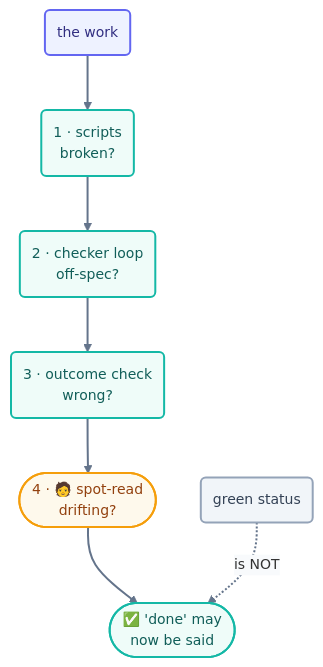
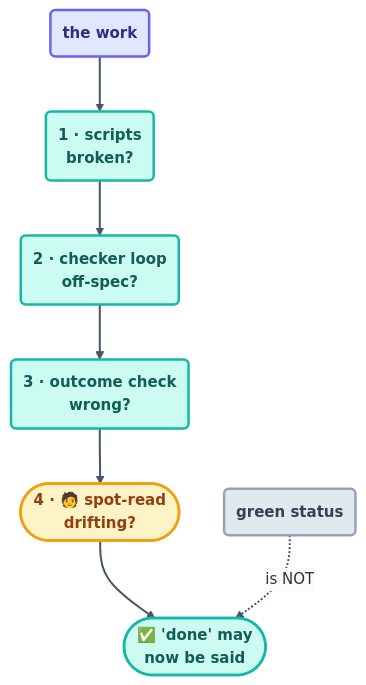
One commit to ayeshakhalid192007-dev/LoopEngineering-CrashCourse changed the diagram in docs/08-part-6-human-control/verification.md. Above: the diagram before and after it, drawn with Mermaid. The commit also changed 66 other files, not shown here.

First line of the commit message:
docs(diagrams): visibly bolder pass — deeper fills, heavier strokes, semibold labels

````diff
--- a/docs/08-part-6-human-control/verification.md
+++ b/docs/08-part-6-human-control/verification.md
@@ -38,16 +38,16 @@
 ```mermaid
-%%{init: {'theme':'base','themeVariables':{'fontFamily':'ui-sans-serif, system-ui, sans-serif','fontSize':'14px','lineColor':'#64748b','edgeLabelBackground':'#f8fafc'},'flowchart':{'curve':'basis','nodeSpacing':45,'rankSpacing':55,'padding':12}}}%%
+%%{init: {'theme':'base','themeVariables':{'fontFamily':'ui-sans-serif, system-ui, sans-serif','fontSize':'15px','lineColor':'#475569','edgeLabelBackground':'#f8fafc'},'flowchart':{'curve':'basis','nodeSpacing':45,'rankSpacing':55,'padding':12}}}%%
 flowchart TD
     W("the work"):::beat --> L1c("1 · scripts<br/>broken?"):::check
     L1c --> L2c("2 · checker loop<br/>off-spec?"):::check
     L2c --> L3c("3 · outcome check<br/>wrong?"):::check
     L3c --> L4c(["4 · 🧑 spot-read<br/>drifting?"]):::human
     L4c --> D(["✅ 'done' may<br/>now be said"]):::win
     G("green status"):::stop -. "is NOT" .-> D
-    linkStyle default stroke:#64748b,stroke-width:2px;
-    classDef beat fill:#eef2ff,stroke:#6366f1,stroke-width:2px,color:#312e81;
-    classDef check fill:#effcf9,stroke:#14b8a6,stroke-width:2px,color:#115e59;
-    classDef human fill:#fef9ec,stroke:#f59e0b,stroke-width:2px,color:#92400e;
-    classDef win fill:#effcf9,stroke:#14b8a6,stroke-width:2px,color:#115e59;
-    classDef stop fill:#f1f5f9,stroke:#94a3b8,stroke-width:2px,color:#334155;
+    linkStyle default stroke:#475569,stroke-width:2px;
+    classDef beat fill:#e0e7ff,stroke:#6366f1,stroke-width:2.5px,color:#312e81,font-weight:600;
+    classDef check fill:#ccfbf1,stroke:#14b8a6,stroke-width:2.5px,color:#115e59,font-weight:600;
+    classDef human fill:#fef3c7,stroke:#f59e0b,stroke-width:2.5px,color:#92400e,font-weight:600;
+    classDef win fill:#ccfbf1,stroke:#14b8a6,stroke-width:2.5px,color:#115e59,font-weight:600;
+    classDef stop fill:#e2e8f0,stroke:#94a3b8,stroke-width:2.5px,color:#334155,font-weight:600;
 ```
````
